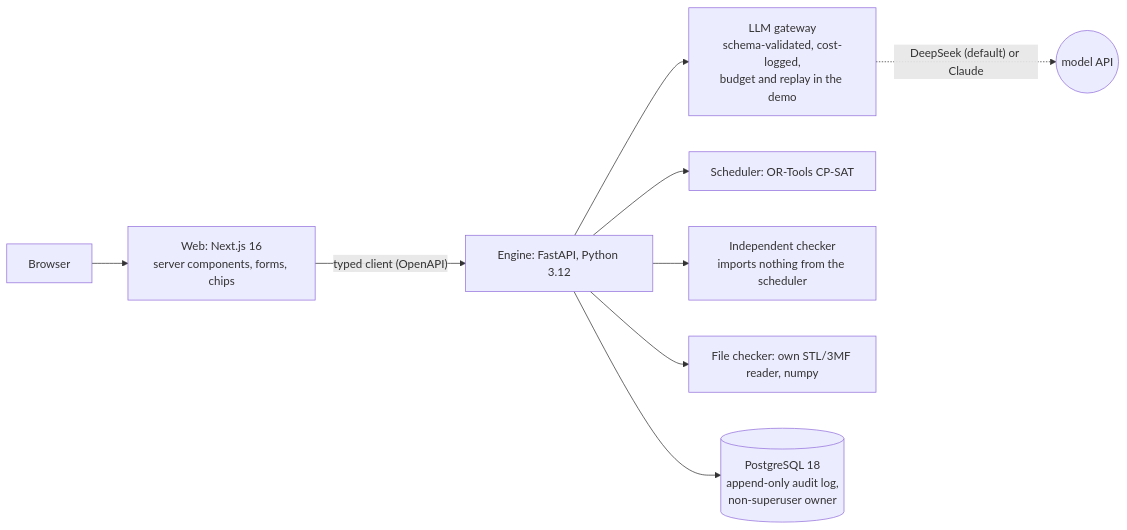
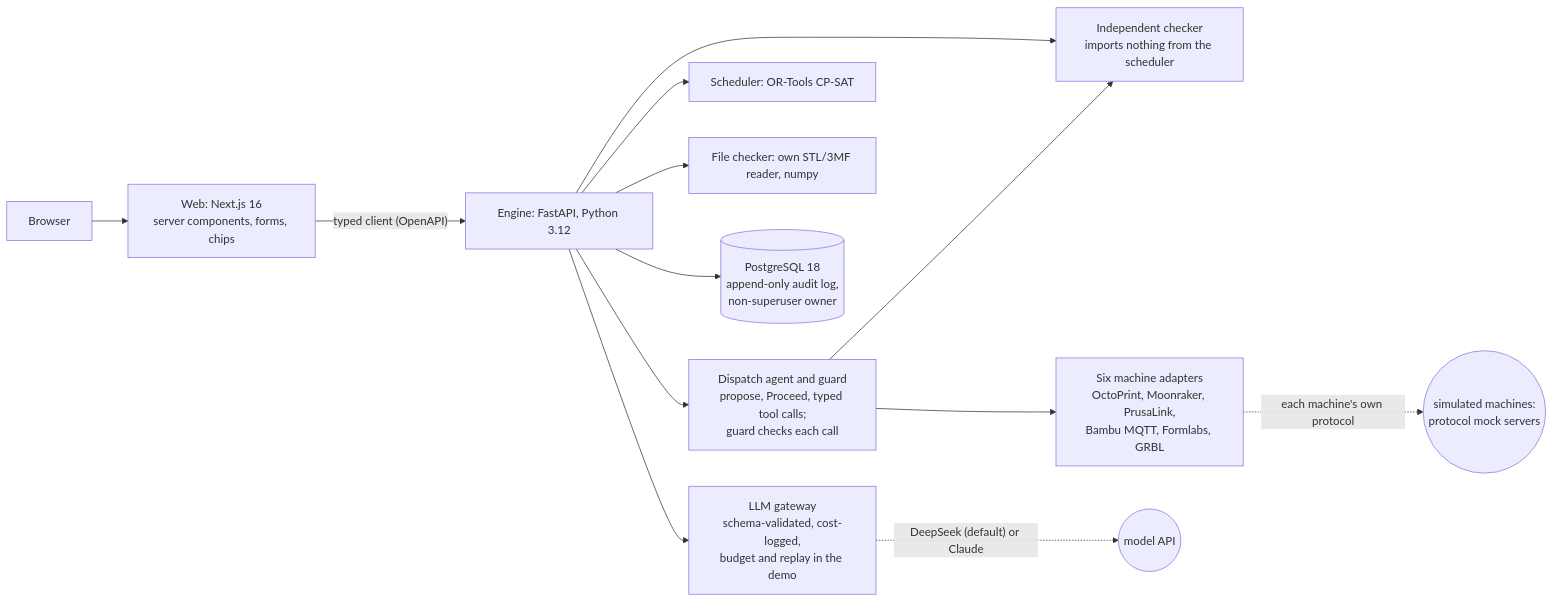
The diagram in README.md (SalNexflow/brimline), drawn with Mermaid before and after one commit. The commit also changed other lines of this file and 11 other files, not shown here.

Commit message:
README: machines table (protocol, official or community docs, URL and date), dispatch results and claim, diagram, AI-versus-code row, limits; demo starts the simulated machines; smoke checks them; eval records pre-checks

````diff
--- a/README.md
+++ b/README.md
@@ -31,11 +32,15 @@
 ```mermaid
 flowchart LR
   B[Browser] --> W[Web: Next.js 16<br/>server components, forms, chips]
   W -- "typed client (OpenAPI)" --> E[Engine: FastAPI, Python 3.12]
   E --> AI[LLM gateway<br/>schema-validated, cost-logged,<br/>budget and replay in the demo]
   E --> S[Scheduler: OR-Tools CP-SAT]
   E --> C[Independent checker<br/>imports nothing from the scheduler]
   E --> F[File checker: own STL/3MF reader, numpy]
   E --> P[(PostgreSQL 18<br/>append-only audit log,<br/>non-superuser owner)]
+  E --> D[Dispatch agent and guard<br/>propose, Proceed, typed tool calls;<br/>guard checks each call]
+  D --> C
+  D --> A[Six machine adapters<br/>OctoPrint, Moonraker, PrusaLink,<br/>Bambu MQTT, Formlabs, GRBL]
+  A -. "each machine's own protocol" .-> M((simulated machines:<br/>protocol mock servers))
   AI -. "DeepSeek (default) or Claude" .-> X((model API))
 ```
````
